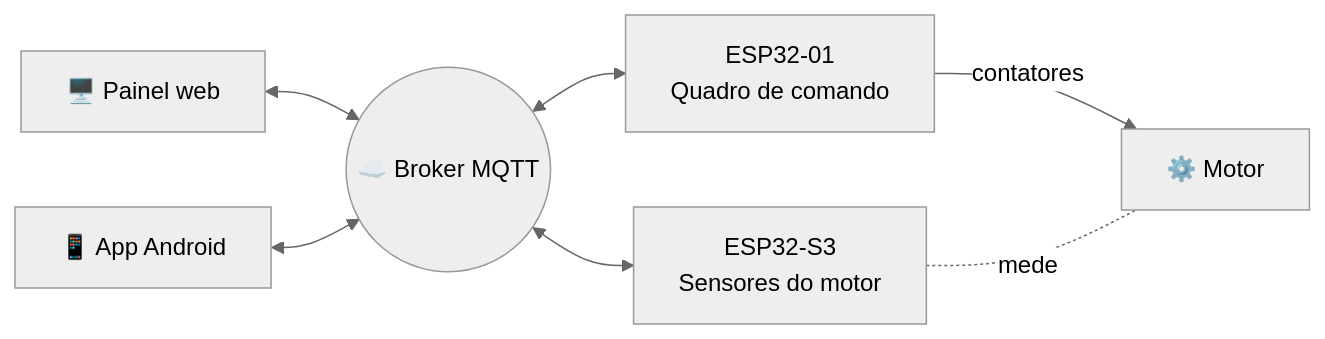
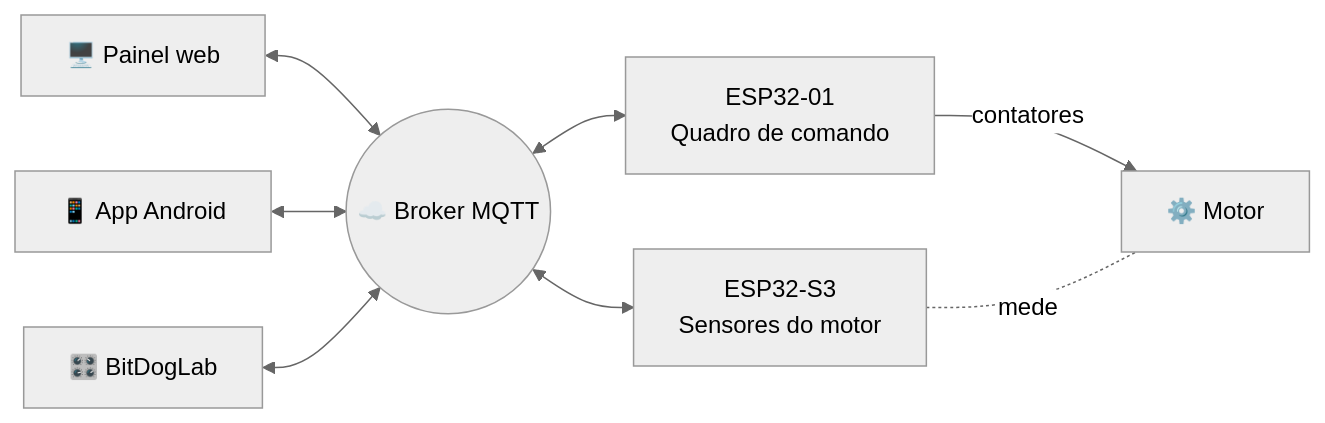
Before and after one commit to frahncky/IoTMotor: the diagram in docs/README.md, drawn with Mermaid (neutral theme). The commit also changed other lines of this file and 7 other files, not shown here.

First line of the commit message:
feat(bitdoglab): painel de bolso BitDogLab para o quadro e os sensores

````diff
--- a/docs/README.md
+++ b/docs/README.md
@@ -15,9 +16,10 @@
 ```mermaid
 flowchart LR
     P["🖥️ Painel web"] <--> B(("☁️ Broker MQTT"))
     A["📱 App Android"] <--> B
+    D["🎛️ BitDogLab"] <--> B
     B <--> Q["ESP32-01<br/>Quadro de comando"]
     B <--> S["ESP32-S3<br/>Sensores do motor"]
     Q -- contatores --> M["⚙️ Motor"]
     S -. mede .- M
 ```
````
